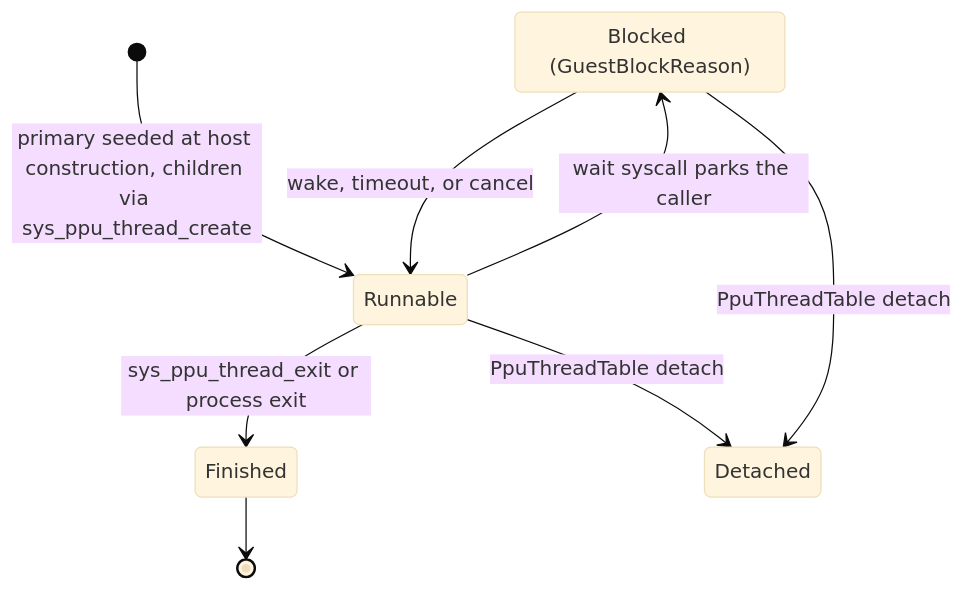
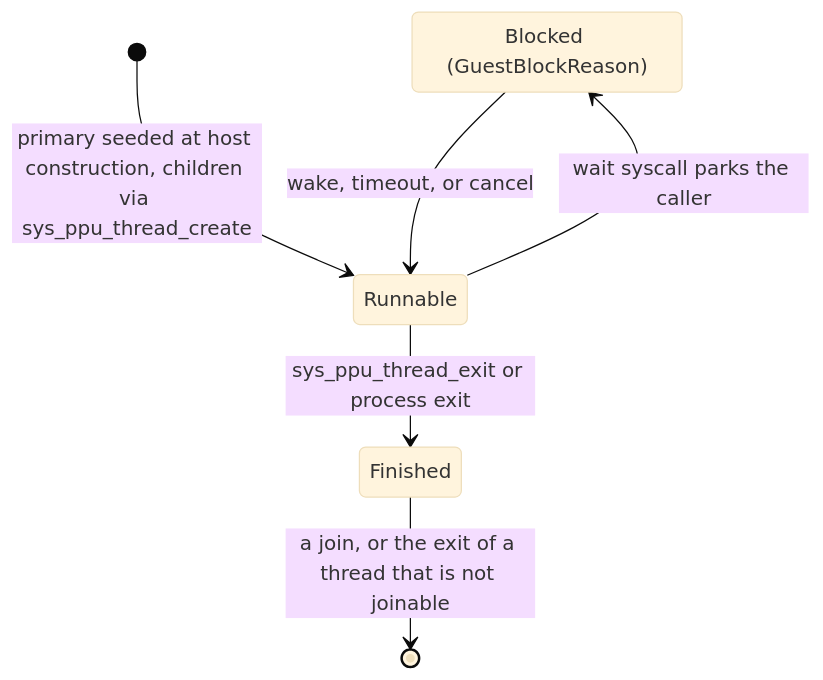
One commit to RoyalAce22/CellGov changed the third of 4 diagrams in docs/architecture/lv2_host.md. Above: the diagram before and after it, drawn with Mermaid (base theme). The commit also changed other lines of this file and 37 other files, not shown here.

Commit message:
fix(lv2): a PPU thread created without the JOINABLE flag refuses a join and is collected when it exits

````diff
--- a/docs/architecture/lv2_host.md
+++ b/docs/architecture/lv2_host.md
@@ -178,11 +179,9 @@
 ```mermaid
 stateDiagram-v2
   state "Blocked (GuestBlockReason)" as Blocked
   [*] --> Runnable : primary seeded at host construction, children via sys_ppu_thread_create
   Runnable --> Blocked : wait syscall parks the caller
   Blocked --> Runnable : wake, timeout, or cancel
   Runnable --> Finished : sys_ppu_thread_exit or process exit
-  Runnable --> Detached : PpuThreadTable detach
-  Blocked --> Detached : PpuThreadTable detach
-  Finished --> [*]
+  Finished --> [*] : a join, or the exit of a thread that is not joinable
 ```
````
